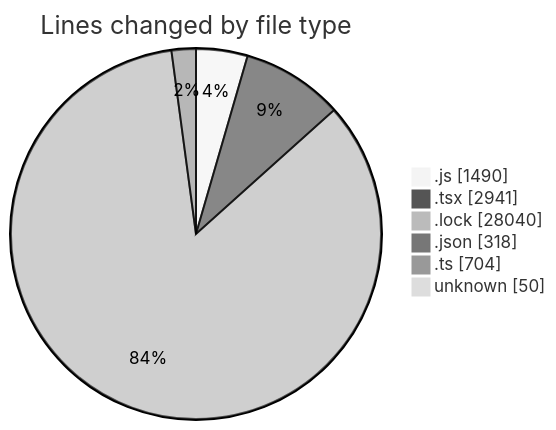
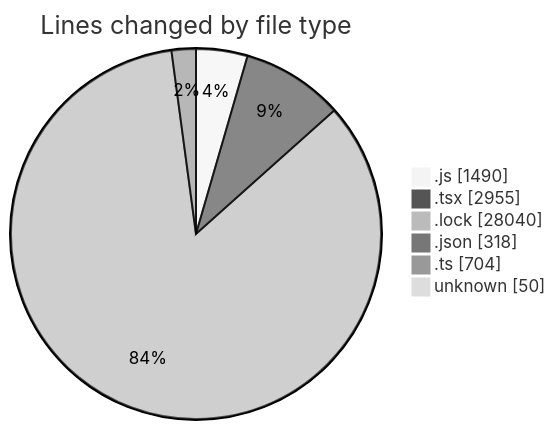
Before and after one commit to momahboobian/code-tracking: the first of 2 diagrams in 2026-06-16/cda/README.md, drawn with Mermaid (neutral theme). The commit also changed other lines of this file and 1 other file, not shown here.

````diff
--- a/2026-06-16/cda/README.md
+++ b/2026-06-16/cda/README.md
@@ -45,10 +45,10 @@
 ```mermaid
 pie showData
 title Lines changed by file type
 ".js" : 1490
-".tsx" : 2941
+".tsx" : 2955
 ".lock" : 28040
 ".json" : 318
 ".ts" : 704
 "unknown" : 50
 ```
````
